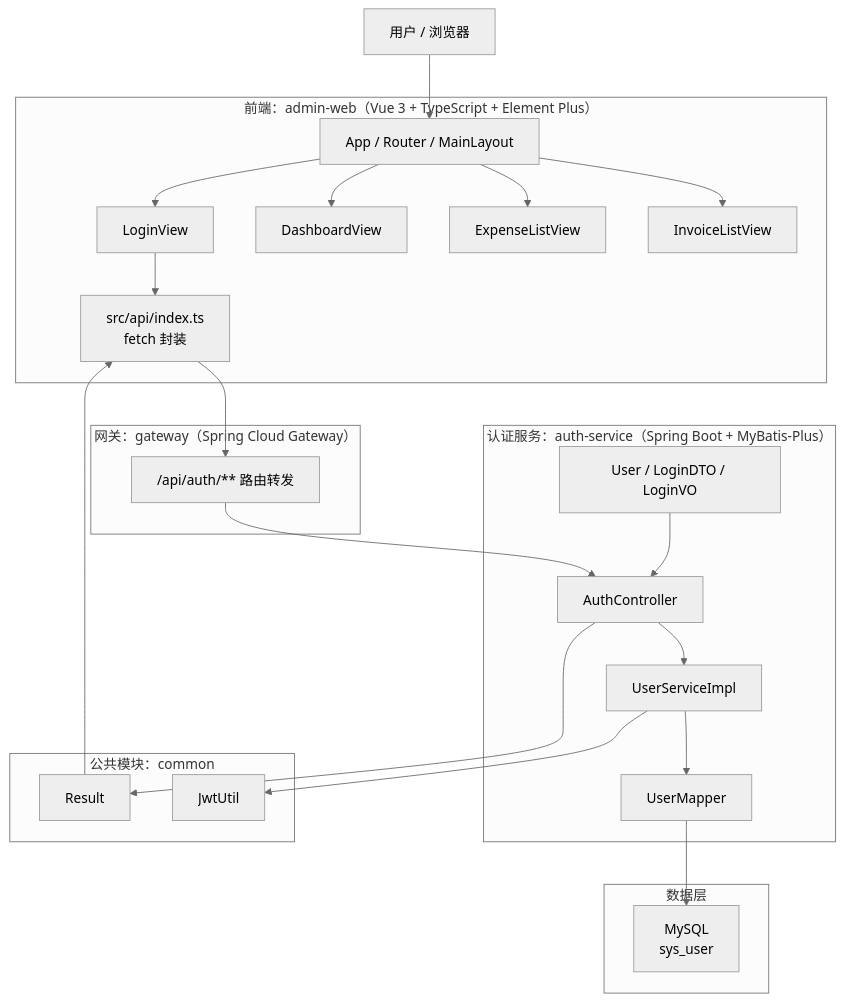
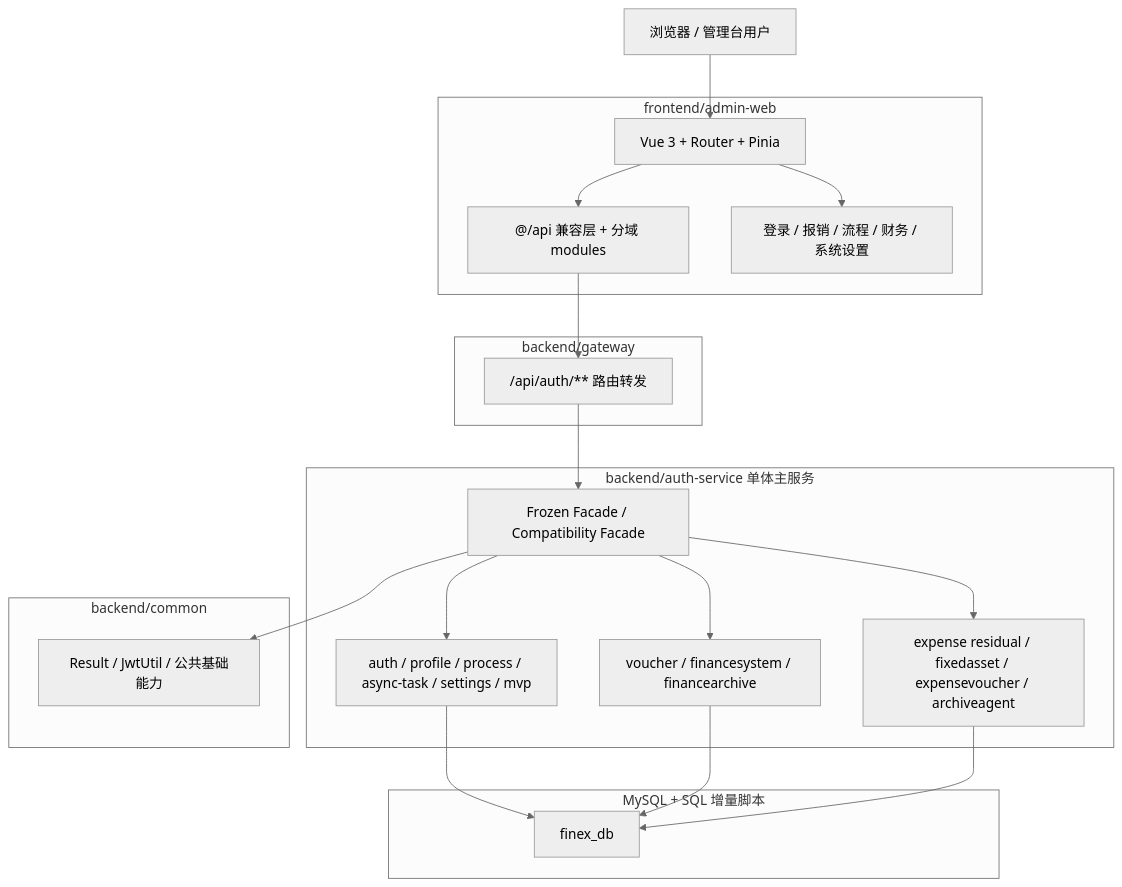
One commit to funsir555/Reimbursement-System changed the first of 2 diagrams in 当前实现架构图与演进路线图.md. Above: the diagram before and after it, drawn with Mermaid (neutral theme). The commit also changed other lines of this file and 218 other files, not shown here.

````diff
--- a/当前实现架构图与演进路线图.md
+++ b/当前实现架构图与演进路线图.md
@@ -23,49 +15,42 @@
 ```mermaid
 flowchart TB
-    U["用户 / 浏览器"]
+    U["浏览器 / 管理台用户"]
 
-    subgraph FE["前端：admin-web（Vue 3 + TypeScript + Element Plus）"]
-        FE_APP["App / Router / MainLayout"]
-        FE_LOGIN["LoginView"]
-        FE_DASH["DashboardView"]
-        FE_EXP["ExpenseListView"]
-        FE_INV["InvoiceListView"]
-        FE_API["src/api/index.ts<br/>fetch 封装"]
+    subgraph FE["frontend/admin-web"]
+        FE_APP["Vue 3 + Router + Pinia"]
+        FE_API["@/api 兼容层 + 分域 modules"]
+        FE_PAGES["登录 / 报销 / 流程 / 财务 / 系统设置"]
     end
 
-    subgraph GW["网关：gateway（Spring Cloud Gateway）"]
+    subgraph GW["backend/gateway"]
         GW_ROUTE["/api/auth/** 路由转发"]
     end
 
-    subgraph AUTH["认证服务：auth-service（Spring Boot + MyBatis-Plus）"]
-        AUTH_CTRL["AuthController"]
-        AUTH_SVC["UserServiceImpl"]
-        AUTH_MAPPER["UserMapper"]
-        AUTH_ENTITY["User / LoginDTO / LoginVO"]
+    subgraph AUTH["backend/auth-service 单体主服务"]
+        AUTH_FROZEN["Frozen Facade / Compatibility Facade"]
+        AUTH_OWNER1["auth / profile / process / async-task / settings / mvp"]
+        AUTH_OWNER2["voucher / financesystem / financearchive"]
+        AUTH_OWNER3["expense residual / fixedasset / expensevoucher / archiveagent"]
     end
 
-    subgraph COMMON["公共模块：common"]
-        COMMON_RESULT["Result"]
-        COMMON_JWT["JwtUtil"]
+    subgraph COMMON["backend/common"]
+        COMMON_BASE["Result / JwtUtil / 公共基础能力"]
     end
 
-    subgraph DB["数据层"]
-        MYSQL["MySQL<br/>sys_user"]
+    subgraph DB["MySQL + SQL 增量脚本"]
+        DB_SCHEMA["finex_db"]
     end
 
     U --> FE_APP
-    FE_APP --> FE_LOGIN
-    FE_APP --> FE_DASH
-    FE_APP --> FE_EXP
-    FE_APP --> FE_INV
-    FE_LOGIN --> FE_API
+    FE_APP --> FE_API
+    FE_APP --> FE_PAGES
     FE_API --> GW_ROUTE
-    GW_ROUTE --> AUTH_CTRL
-    AUTH_CTRL --> AUTH_SVC
-    AUTH_SVC --> AUTH_MAPPER
-    AUTH_SVC --> COMMON_JWT
-    AUTH_CTRL --> COMMON_RESULT
-    AUTH_MAPPER --> MYSQL
-    AUTH_ENTITY --> AUTH_CTRL
-    COMMON_RESULT --> FE_API
+    GW_ROUTE --> AUTH_FROZEN
+    AUTH_FROZEN --> AUTH_OWNER1
+    AUTH_FROZEN --> AUTH_OWNER2
+    AUTH_FROZEN --> AUTH_OWNER3
+    AUTH_FROZEN --> COMMON_BASE
+    AUTH_OWNER1 --> DB_SCHEMA
+    AUTH_OWNER2 --> DB_SCHEMA
+    AUTH_OWNER3 --> DB_SCHEMA
 ```
````
